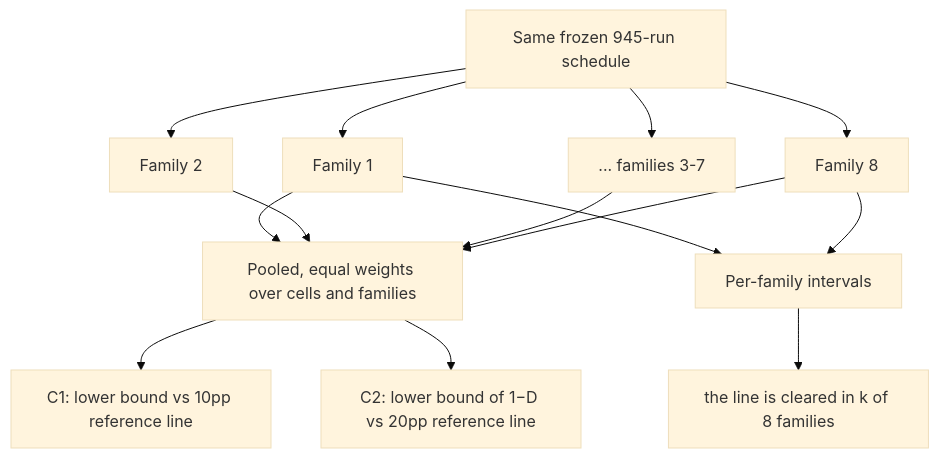
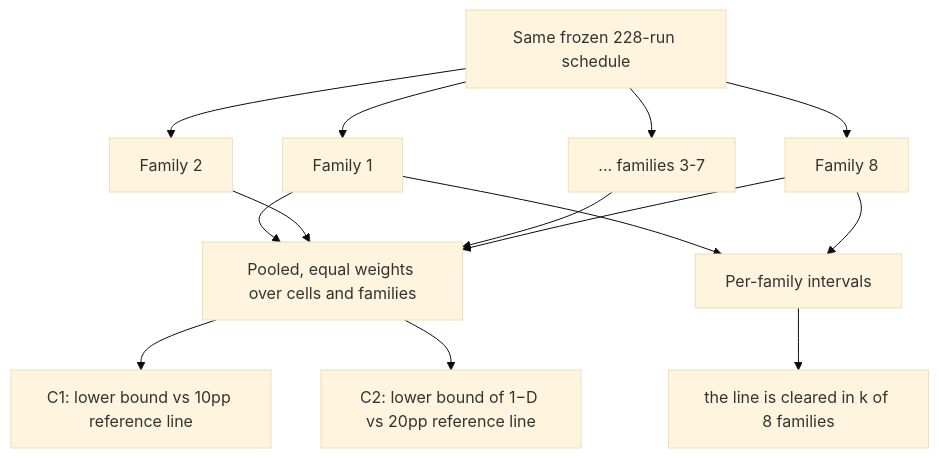
Before and after one commit to Artlands/TaskBound: the seventh of 8 diagrams in docs/plan_summary.md, drawn with Mermaid (base theme). The commit also changed other lines of this file and 17 other files, not shown here.

````diff
--- a/docs/plan_summary.md
+++ b/docs/plan_summary.md
@@ -191,16 +191,16 @@
 ```mermaid
 flowchart TB
-    DESIGN[Same frozen 945-run schedule] --> M1[Family 1]
+    DESIGN[Same frozen 228-run schedule] --> M1[Family 1]
     DESIGN --> M2[Family 2]
     DESIGN --> MD[... families 3-7]
     DESIGN --> M8[Family 8]
     M1 --> EST[Pooled, equal weights over cells and families]
     M2 --> EST
     MD --> EST
     M8 --> EST
     EST --> G1[C1: lower bound vs 10pp reference line]
     EST --> G2[C2: lower bound of 1−D vs 20pp reference line]
     M1 --> PF[Per-family intervals]
     M8 --> PF
     PF --> K["the line is cleared in k of 8 families"]
 ```
````
